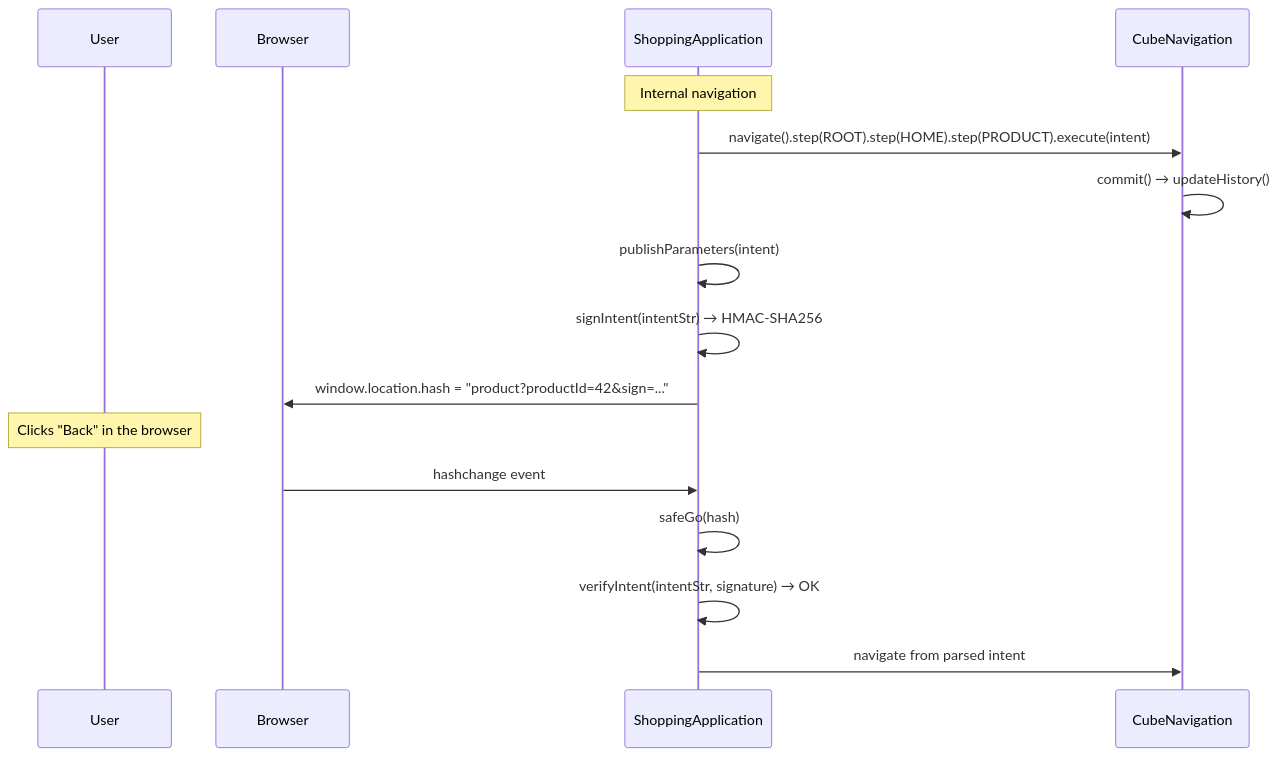
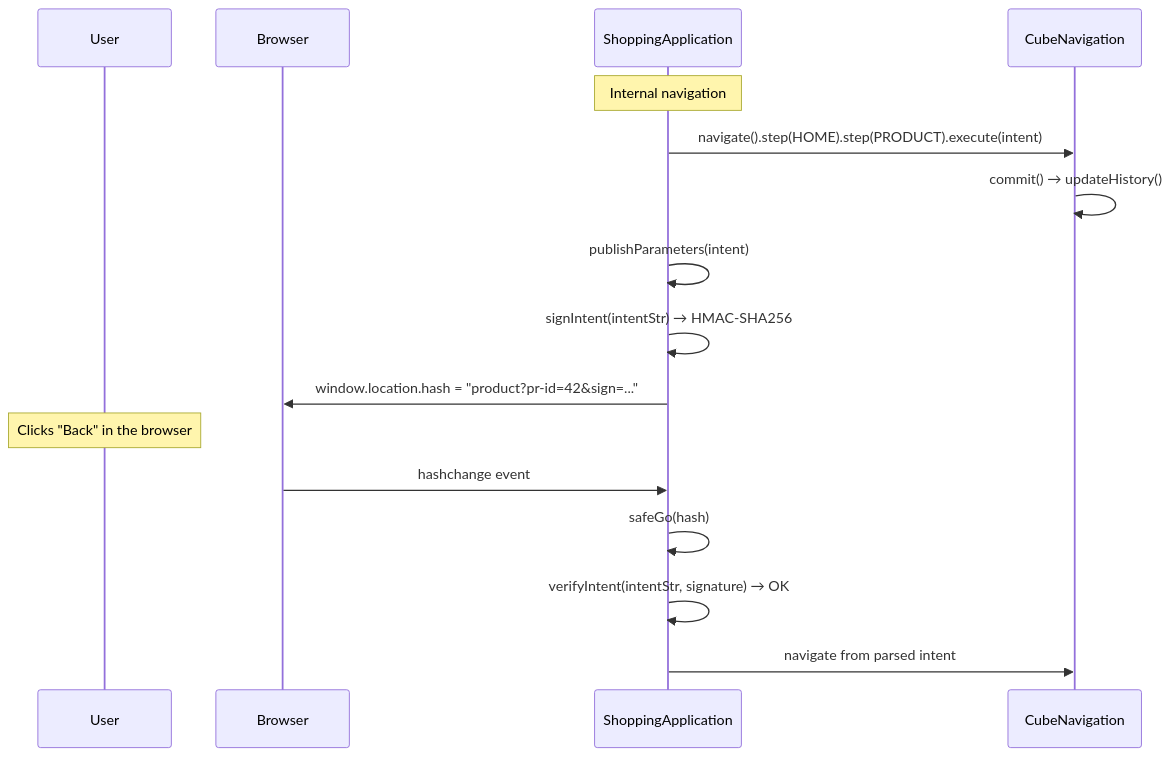
One commit to mrcdom/wdc-cube-kotlin changed the eighth of 9 diagrams in docs/architecture-cube-compose.md. Above: the diagram before and after it, drawn with Mermaid. The commit also changed other lines of this file and 22 other files, not shown here.

````diff
--- a/docs/architecture-cube-compose.md
+++ b/docs/architecture-cube-compose.md
@@ -537,20 +547,20 @@
 ```mermaid
 sequenceDiagram
     participant User as User
     participant Browser as Browser
     participant App as ShoppingApplication
     participant Nav as CubeNavigation
 
     Note over App: Internal navigation
-    App->>Nav: navigate().step(ROOT).step(HOME).step(PRODUCT).execute(intent)
+    App->>Nav: navigate().step(HOME).step(PRODUCT).execute(intent)
     Nav->>Nav: commit() → updateHistory()
     App->>App: publishParameters(intent)
     App->>App: signIntent(intentStr) → HMAC-SHA256
-    App->>Browser: window.location.hash = "product?productId=42&sign=..."
+    App->>Browser: window.location.hash = "product?pr-id=42&sign=..."
 
     Note over User: Clicks "Back" in the browser
     Browser->>App: hashchange event
     App->>App: safeGo(hash)
     App->>App: verifyIntent(intentStr, signature) → OK
     App->>Nav: navigate from parsed intent
 ```
````
